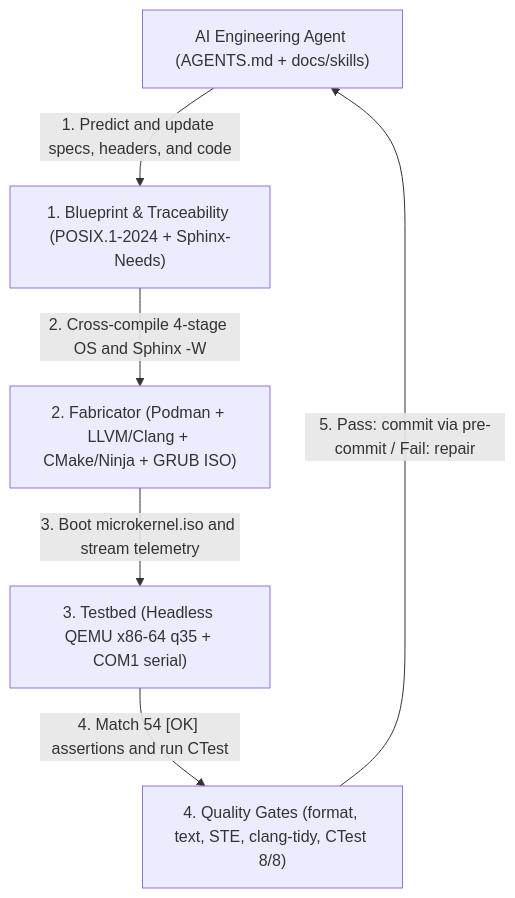
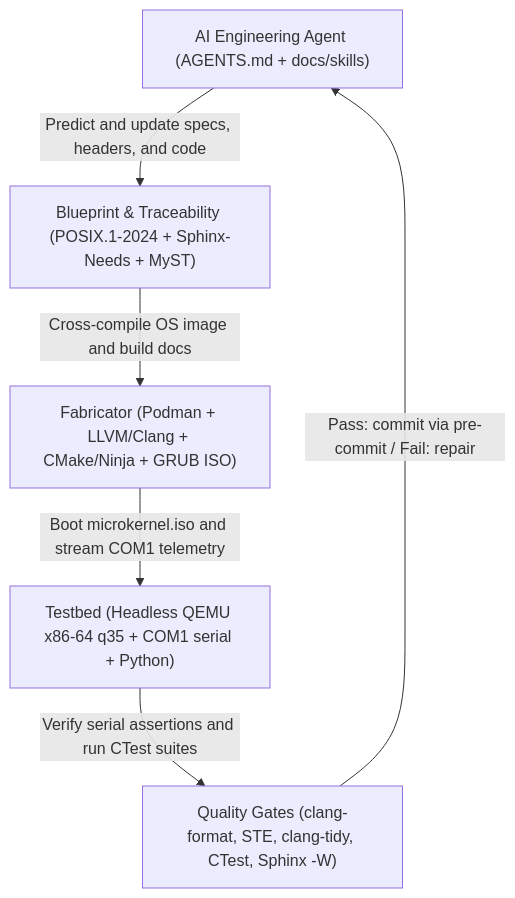
The diagram in README.md (Deniz-Eren/microkernel), drawn with Mermaid before and after one commit. The commit also changed other lines of this file and 1 other file, not shown here.

Commit message:
docs(readme): remove volatile test counts from Mermaid diagram
Keep the README.md closed-loop Mermaid diagram and workflow overview
focused on tools and technologies without volatile assertion or CTest
counts that change as new tests are added.

````diff
--- a/README.md
+++ b/README.md
@@ -22,14 +22,14 @@
 ```mermaid
 flowchart TD
     AGENT["AI Engineering Agent (AGENTS.md + docs/skills)"]
-    BLUEPRINT["1. Blueprint & Traceability (POSIX.1-2024 + Sphinx-Needs)"]
-    FABRICATOR["2. Fabricator (Podman + LLVM/Clang + CMake/Ninja + GRUB ISO)"]
-    TESTBED["3. Testbed (Headless QEMU x86-64 q35 + COM1 serial)"]
-    GATES["4. Quality Gates (format, text, STE, clang-tidy, CTest 8/8)"]
+    BLUEPRINT["Blueprint & Traceability (POSIX.1-2024 + Sphinx-Needs + MyST)"]
+    FABRICATOR["Fabricator (Podman + LLVM/Clang + CMake/Ninja + GRUB ISO)"]
+    TESTBED["Testbed (Headless QEMU x86-64 q35 + COM1 serial + Python)"]
+    GATES["Quality Gates (clang-format, STE, clang-tidy, CTest, Sphinx -W)"]
 
-    AGENT -->|"1. Predict and update specs, headers, and code"| BLUEPRINT
-    BLUEPRINT -->|"2. Cross-compile 4-stage OS and Sphinx -W"| FABRICATOR
-    FABRICATOR -->|"3. Boot microkernel.iso and stream telemetry"| TESTBED
-    TESTBED -->|"4. Match 54 [OK] assertions and run CTest"| GATES
-    GATES -->|"5. Pass: commit via pre-commit / Fail: repair"| AGENT
+    AGENT -->|"Predict and update specs, headers, and code"| BLUEPRINT
+    BLUEPRINT -->|"Cross-compile OS image and build docs"| FABRICATOR
+    FABRICATOR -->|"Boot microkernel.iso and stream COM1 telemetry"| TESTBED
+    TESTBED -->|"Verify serial assertions and run CTest suites"| GATES
+    GATES -->|"Pass: commit via pre-commit / Fail: repair"| AGENT
 ```
````
